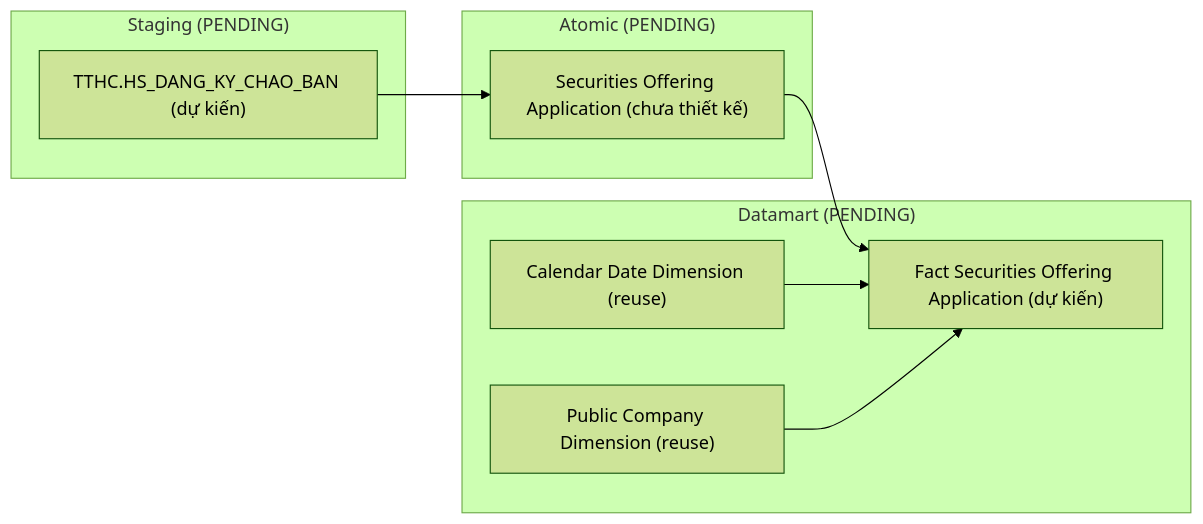
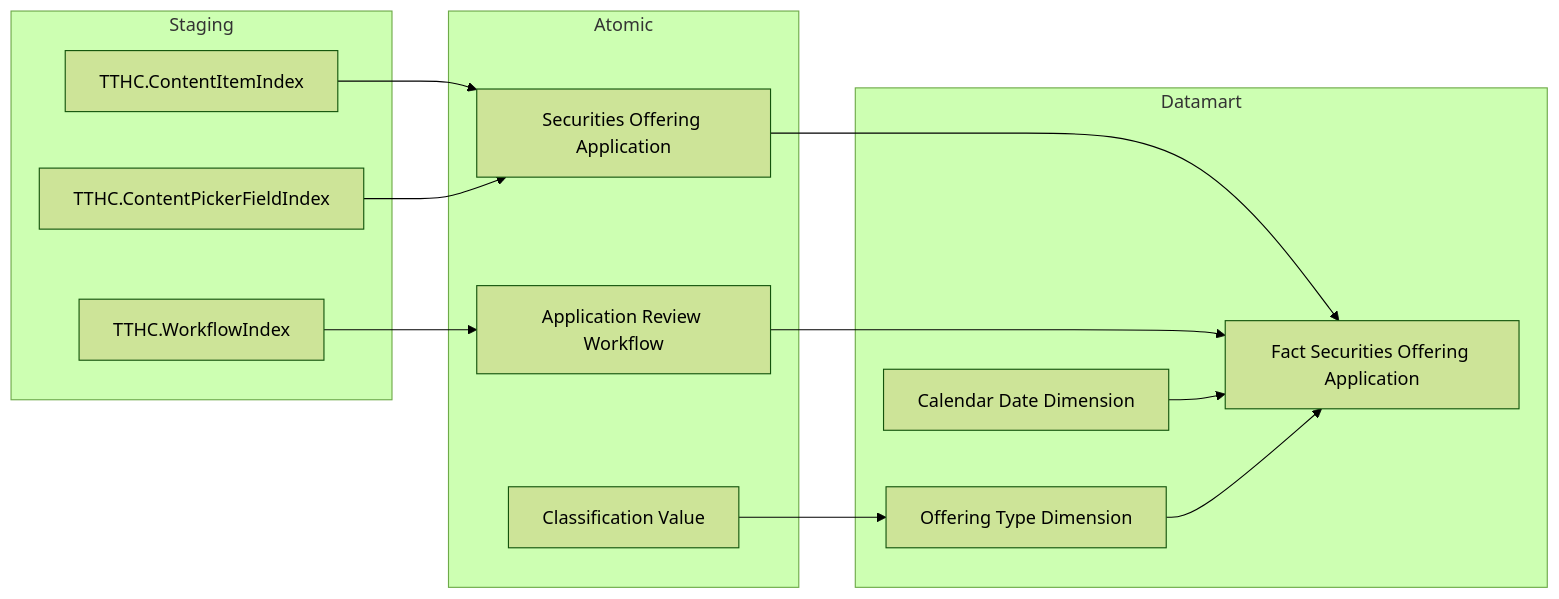
The third of 18 diagrams in Datamart/hld/DTM_QLCB_HLD.md (linhlvit/ubck_atomic_design), drawn with Mermaid (forest theme) before and after one commit. The commit also changed other lines of this file and 2 other files, not shown here.

````diff
--- a/Datamart/hld/DTM_QLCB_HLD.md
+++ b/Datamart/hld/DTM_QLCB_HLD.md
@@ -91,22 +103,31 @@
 ```mermaid
 flowchart LR
-    subgraph SRC_TTHC["Staging (PENDING)"]
-        S1["TTHC.HS_DANG_KY_CHAO_BAN (dự kiến)"]
+    subgraph SRC_TTHC["Staging"]
+        S1["TTHC.ContentItemIndex"]
+        S3["TTHC.WorkflowIndex"]
+        S4["TTHC.ContentPickerFieldIndex"]
     end
 
-    subgraph SIL["Atomic (PENDING)"]
-        SV1["Securities Offering Application (chưa thiết kế)"]
+    subgraph SIL["Atomic"]
+        SV1["Securities Offering Application"]
+        SV3["Application Review Workflow"]
+        SV4["Classification Value"]
     end
 
-    subgraph Datamart["Datamart (PENDING)"]
-        G1["Fact Securities Offering Application (dự kiến)"]
-        G2["Calendar Date Dimension (reuse)"]
-        G3["Public Company Dimension (reuse)"]
+    subgraph Datamart["Datamart"]
+        G1["Fact Securities Offering Application"]
+        G2["Calendar Date Dimension"]
+        G3["Offering Type Dimension"]
     end
 
     S1 --> SV1
+    S3 --> SV3
+    S4 --> SV1
 
     SV1 --> G1
+    SV3 --> G1
+    SV4 --> G3
+
     G2 --> G1
     G3 --> G1
 ```
````
